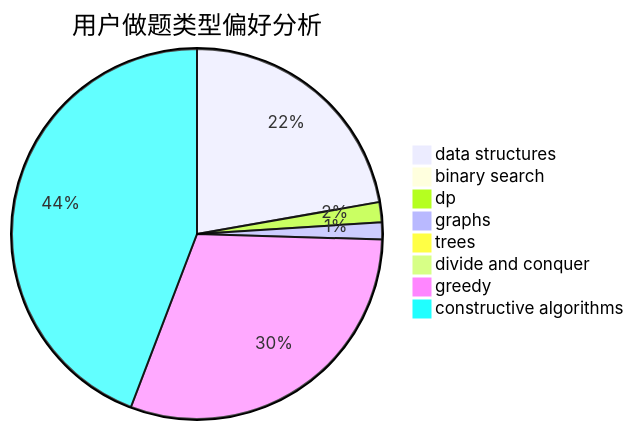
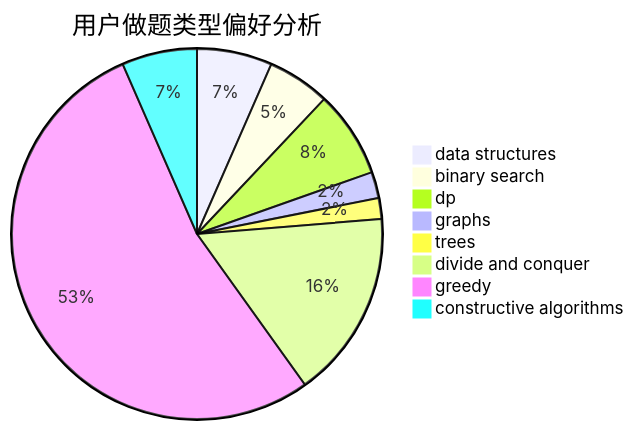
One commit to sherpahu/cfrs.github.io changed the second of 3 diagrams in docs/user/u2101.md. Above: the diagram before and after it, drawn with Mermaid. The commit also changed other lines of this file and 2770 other files, not shown here.

````diff
--- a/docs/user/u2101.md
+++ b/docs/user/u2101.md
@@ -23,11 +23,11 @@
 ```mermaid
 pie title 用户做题类型偏好分析
-    "data structures" :  316
-    "binary search" :  11
-    "dp" :  25
-    "graphs" :  21
-    "trees" :  6
-    "divide and conquer" :  0
-    "greedy" :  431
-    "constructive algorithms" :  628
+    "data structures" :  72
+    "binary search" :  60
+    "dp" :  83
+    "graphs" :  25
+    "trees" :  20
+    "divide and conquer" :  180
+    "greedy" :  585
+    "constructive algorithms" :  72
 ```
````
